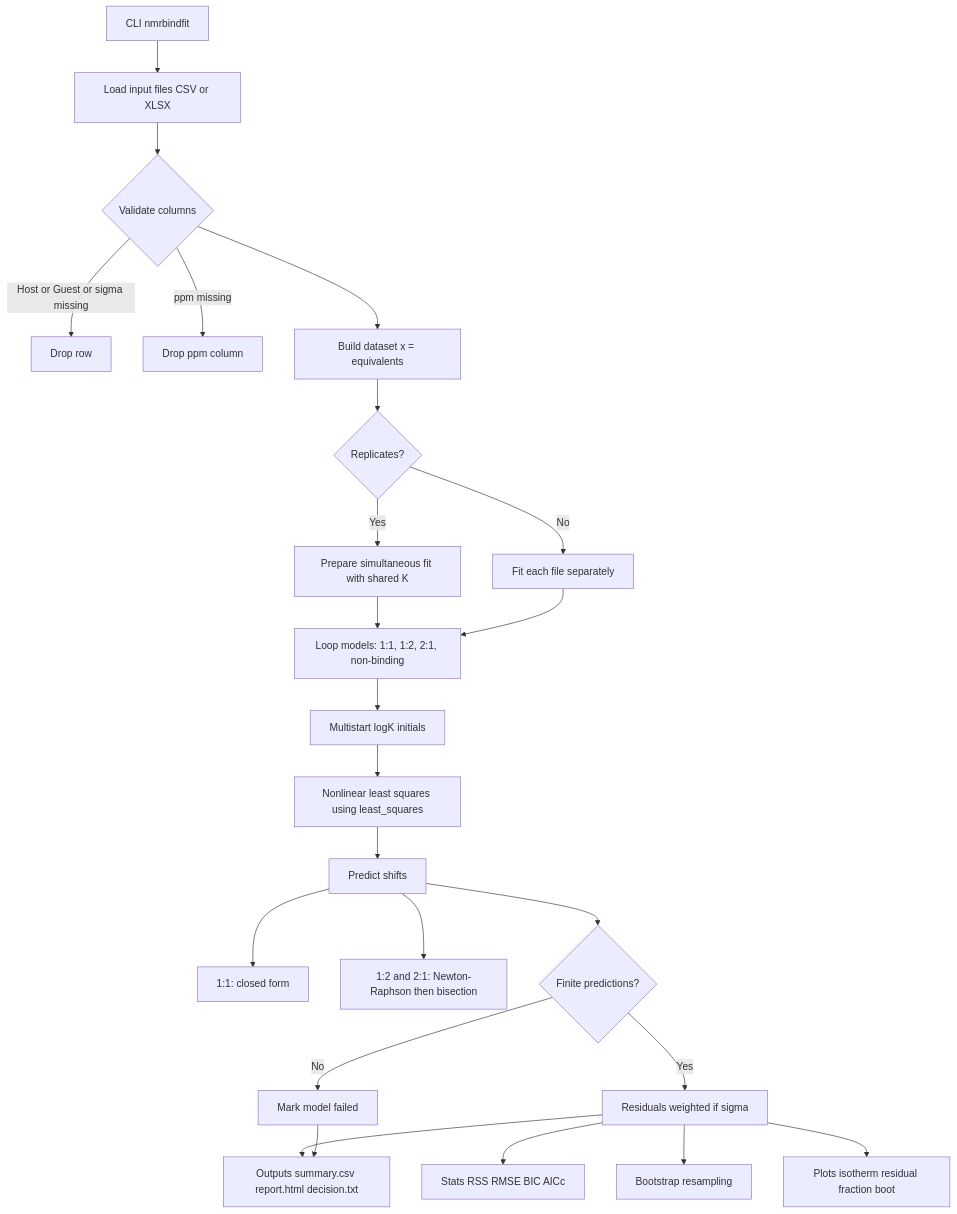
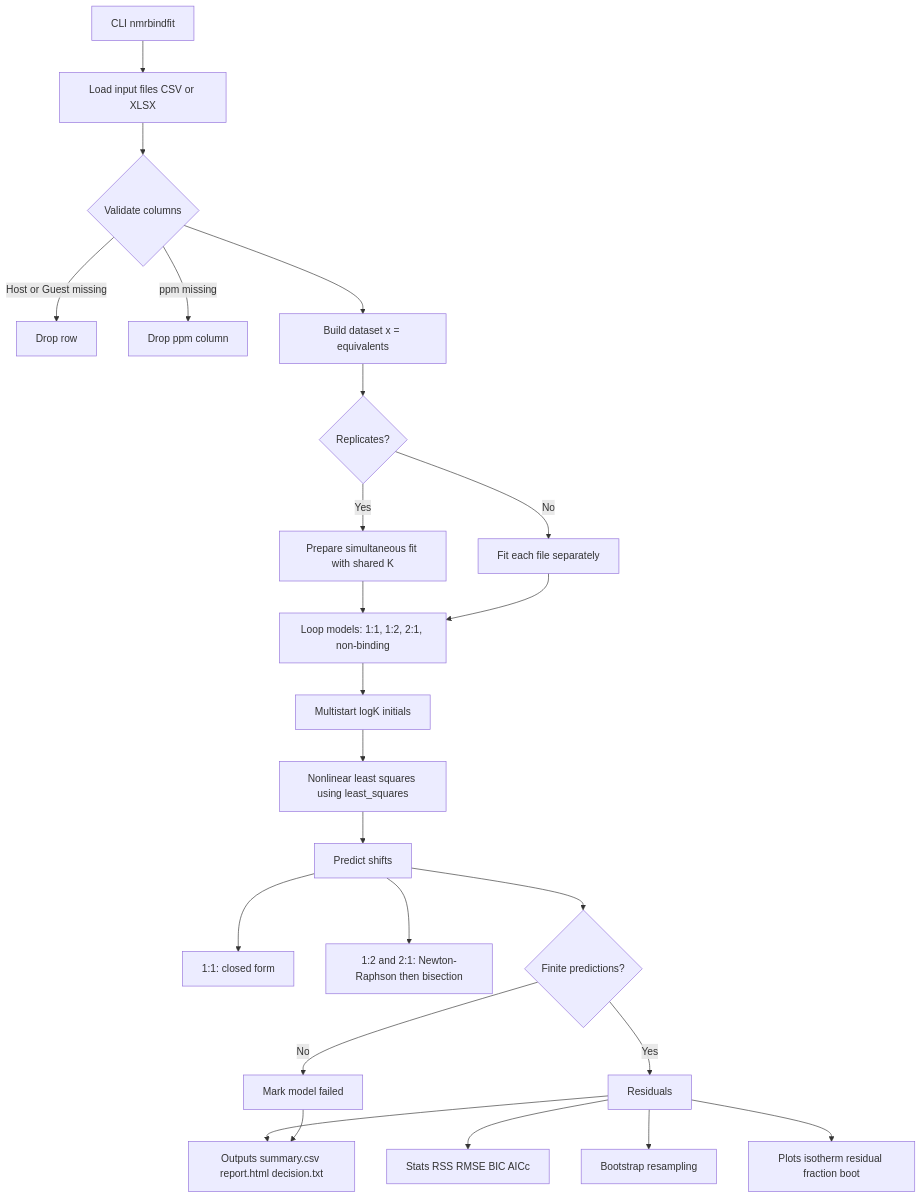
One commit to dhsohn/nmr_bind_fit changed the diagram in README.md. Above: the diagram before and after it, drawn with Mermaid. The commit also changed other lines of this file and 12 other files, not shown here.

````diff
--- a/README.md
+++ b/README.md
@@ -70,31 +69,31 @@
 ```mermaid
 flowchart TD
     A[CLI nmrbindfit] --> B[Load input files CSV or XLSX]
     B --> C{Validate columns}
-    C -->|Host or Guest or sigma missing| C1[Drop row]
+    C -->|Host or Guest missing| C1[Drop row]
     C -->|ppm missing| C2[Drop ppm column]
     C --> D[Build dataset x = equivalents]
 
     D --> E{Replicates?}
     E -->|Yes| F[Prepare simultaneous fit with shared K]
     E -->|No| G[Fit each file separately]
 
     F --> H[Loop models: 1:1, 1:2, 2:1, non-binding]
     G --> H
 
     H --> I[Multistart logK initials]
     I --> J[Nonlinear least squares using least_squares]
     J --> K[Predict shifts]
     K --> K1[1:1: closed form]
     K --> K2[1:2 and 2:1: Newton-Raphson then bisection]
     K --> L{Finite predictions?}
     L -->|No| L1[Mark model failed]
-    L -->|Yes| M[Residuals weighted if sigma]
+    L -->|Yes| M[Residuals]
 
     M --> N[Stats RSS RMSE BIC AICc]
     M --> O[Bootstrap resampling]
     M --> P[Plots isotherm residual fraction boot]
     M --> Q[Outputs summary.csv report.html decision.txt]
 
     L1 --> Q
 ```
````
